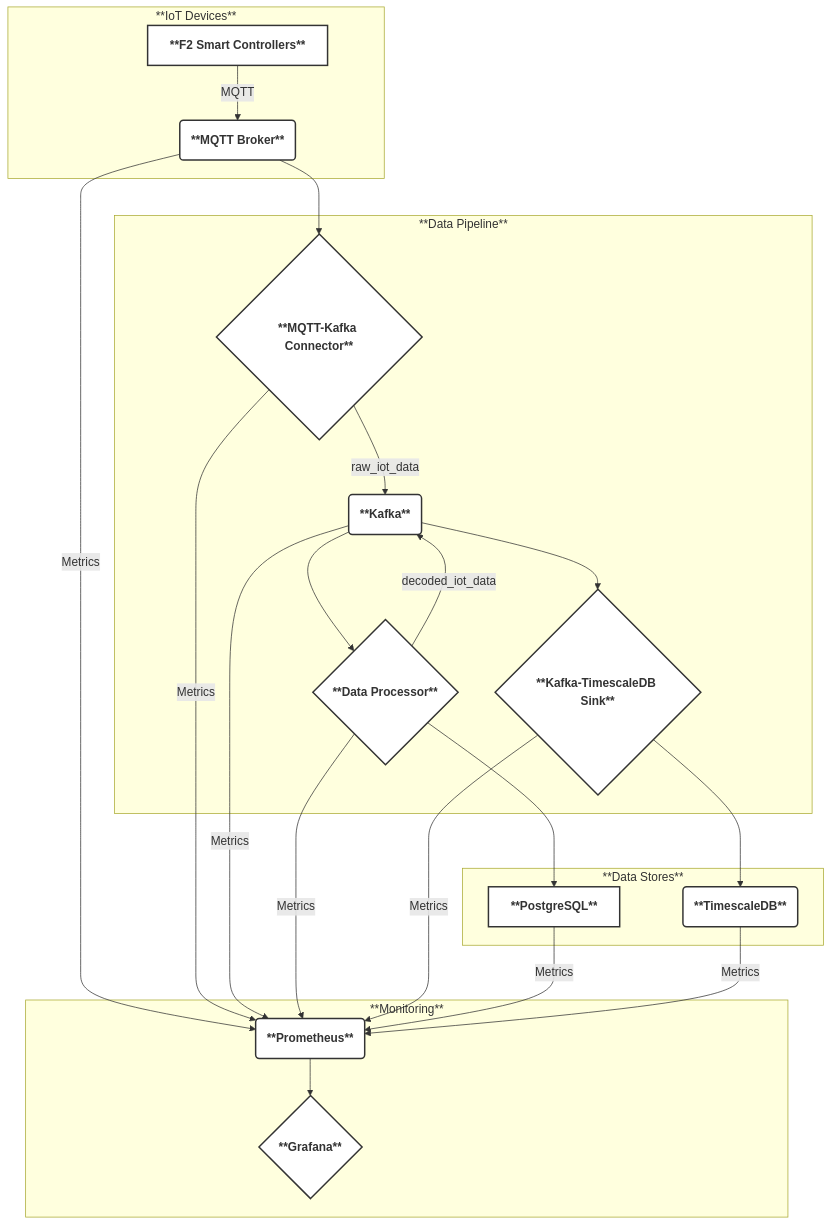
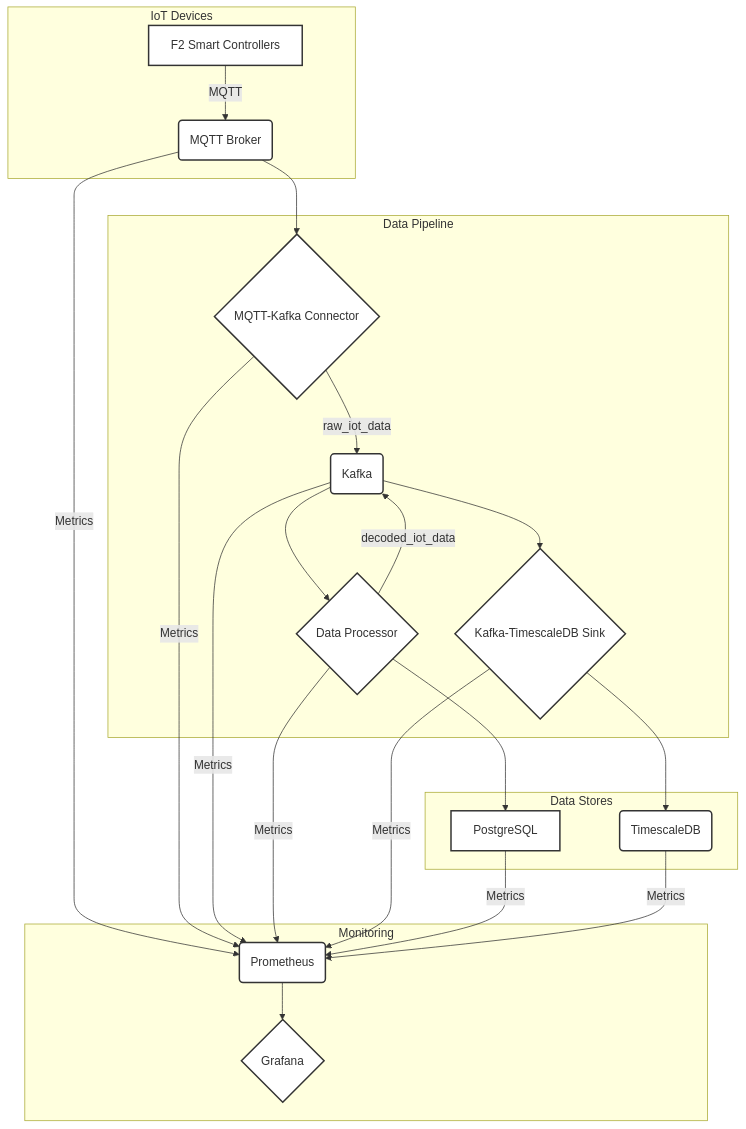
One commit to amoyavt/POC_MQTT changed the first of 2 diagrams in docs/architecture/overview.md. Above: the diagram before and after it, drawn with Mermaid. The commit also changed 13 other files, not shown here.

Commit message:
Refactor documentation and code commands for F2 Smart Controller IoT architecture

````diff
--- a/docs/architecture/overview.md
+++ b/docs/architecture/overview.md
@@ -9,41 +9,41 @@
 ```mermaid
 graph TD
-    subgraph "**IoT Devices**"
-        A["**F2 Smart Controllers**"] -->|MQTT| B("**MQTT Broker**")
+    subgraph "IoT Devices"
+        A["F2 Smart Controllers"] -->|MQTT| B("MQTT Broker")
     end
 
-    subgraph "**Data Pipeline**"
-        B --> C{"**MQTT-Kafka Connector**"}
-        C -->|raw_iot_data| D("**Kafka**")
-        D --> E{"**Data Processor**"}
+    subgraph "Data Pipeline"
+        B --> C{"MQTT-Kafka Connector"}
+        C -->|raw_iot_data| D("Kafka")
+        D --> E{"Data Processor"}
         E -->|decoded_iot_data| D
-        D --> F{"**Kafka-TimescaleDB Sink**"}
+        D --> F{"Kafka-TimescaleDB Sink"}
     end
 
-    subgraph "**Data Stores**"
-        E --> G["**PostgreSQL**"]
-        F --> H("**TimescaleDB**")
+    subgraph "Data Stores"
+        E --> G["PostgreSQL"]
+        F --> H("TimescaleDB")
     end
 
-    subgraph "**Monitoring**"
-        M("**Prometheus**") --> N{"**Grafana**"}
+    subgraph "Monitoring"
+        M("Prometheus") --> N{"Grafana"}
         B -->|Metrics| M
         C -->|Metrics| M
         D -->|Metrics| M
         E -->|Metrics| M
         F -->|Metrics| M
         G -->|Metrics| M
         H -->|Metrics| M
     end
 
-    style A fill:#fff,stroke:#333,stroke-width:2px,font-weight:bold
-    style B fill:#fff,stroke:#333,stroke-width:2px,font-weight:bold
-    style C fill:#fff,stroke:#333,stroke-width:2px,font-weight:bold
-    style D fill:#fff,stroke:#333,stroke-width:2px,font-weight:bold
-    style E fill:#fff,stroke:#333,stroke-width:2px,font-weight:bold
-    style F fill:#fff,stroke:#333,stroke-width:2px,font-weight:bold
-    style G fill:#fff,stroke:#333,stroke-width:2px,font-weight:bold
-    style H fill:#fff,stroke:#333,stroke-width:2px,font-weight:bold
-    style M fill:#fff,stroke:#333,stroke-width:2px,font-weight:bold
-    style N fill:#fff,stroke:#333,stroke-width:2px,font-weight:bold
+    style A fill:#fff,stroke:#333,stroke-width:2px
+    style B fill:#fff,stroke:#333,stroke-width:2px
+    style C fill:#fff,stroke:#333,stroke-width:2px
+    style D fill:#fff,stroke:#333,stroke-width:2px
+    style E fill:#fff,stroke:#333,stroke-width:2px
+    style F fill:#fff,stroke:#333,stroke-width:2px
+    style G fill:#fff,stroke:#333,stroke-width:2px
+    style H fill:#fff,stroke:#333,stroke-width:2px
+    style M fill:#fff,stroke:#333,stroke-width:2px
+    style N fill:#fff,stroke:#333,stroke-width:2px
 ```
````
